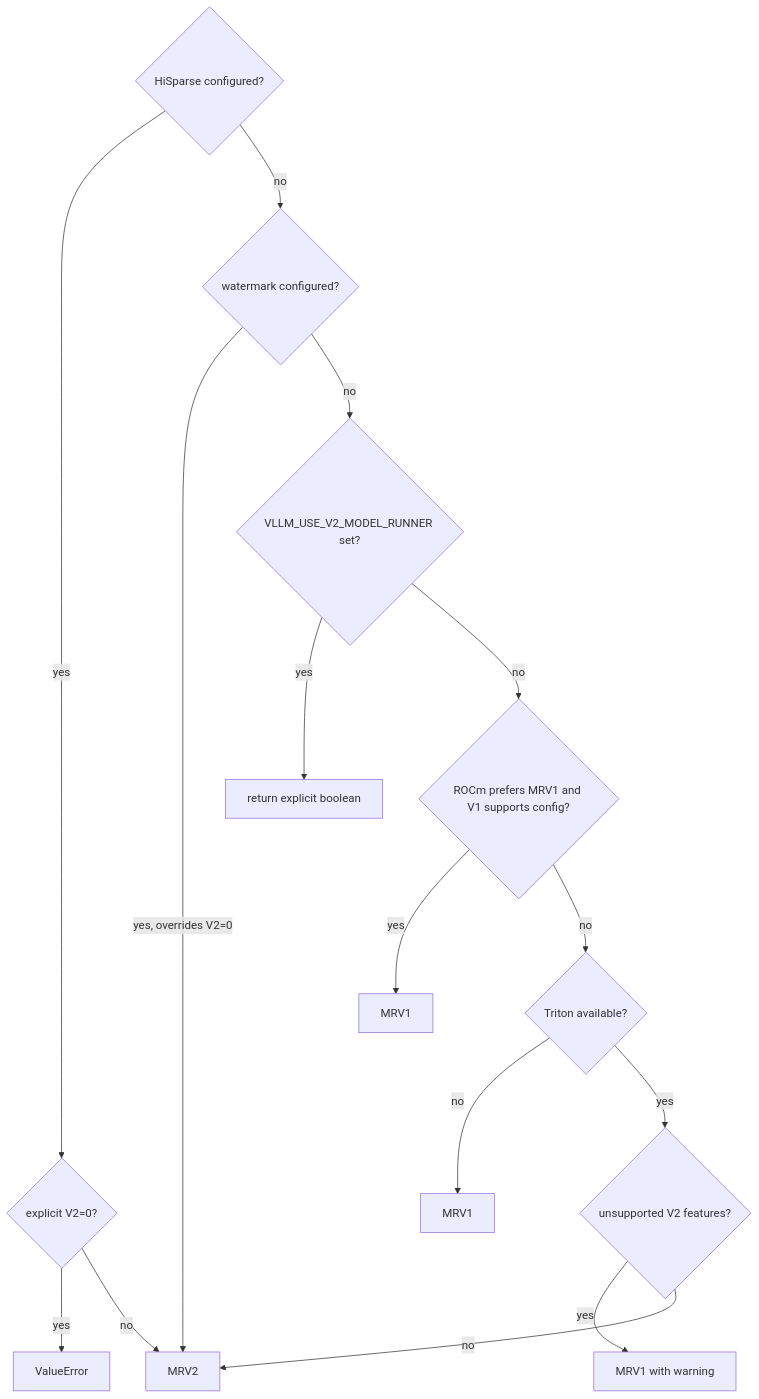
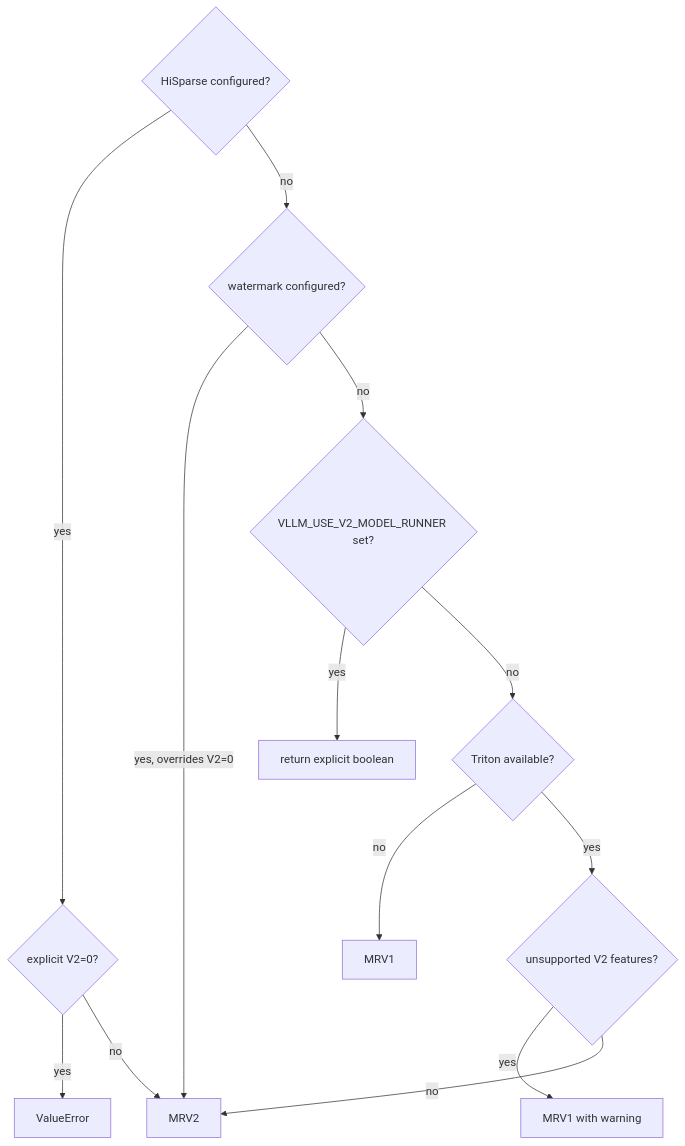
One commit to cluster1900/vllm_reader changed diagram 36 of 41 in book/07-model-execution/README.md. Above: the diagram before and after it, drawn with Mermaid. The commit also changed other lines of this file and 37 other files, not shown here.

````diff
--- a/book/07-model-execution/README.md
+++ b/book/07-model-execution/README.md
@@ -1003,17 +1042,15 @@
 ```mermaid
 flowchart TD
     HS{"HiSparse configured?"} -->|yes| HSC{"explicit V2=0?"}
     HSC -->|yes| ERR["ValueError"]
     HSC -->|no| T["MRV2"]
     HS -->|no| WM{"watermark configured?"}
     WM -->|yes, overrides V2=0| T
     WM -->|no| ENV{"VLLM_USE_V2_MODEL_RUNNER set?"}
     ENV -->|yes| RET["return explicit boolean"]
-    ENV -->|no| ROCM{"ROCm prefers MRV1 and V1 supports config?"}
-    ROCM -->|yes| F1["MRV1"]
-    ROCM -->|no| TRI{"Triton available?"}
+    ENV -->|no| TRI{"Triton available?"}
     TRI -->|no| F2["MRV1"]
     TRI -->|yes| UNS{"unsupported V2 features?"}
     UNS -->|yes| F3["MRV1 with warning"]
     UNS -->|no| T["MRV2"]
 ```
````
